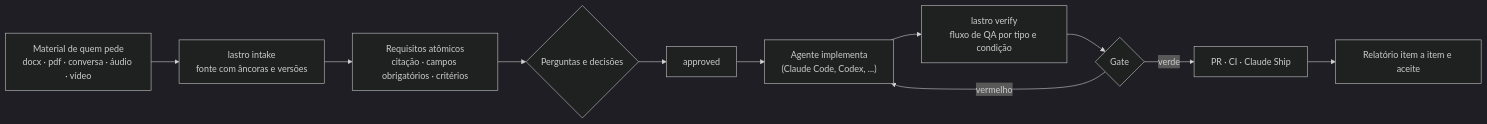
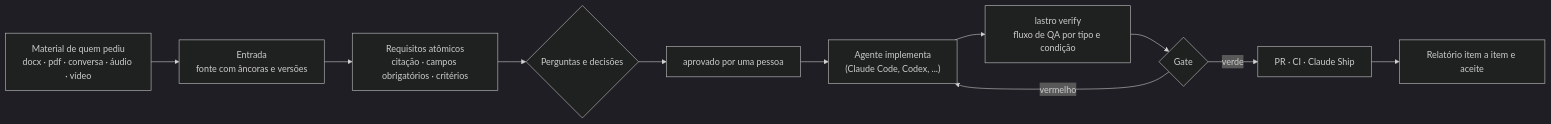
Before and after one commit to srnakyo/lastro: the diagram in README.pt-BR.md, drawn with Mermaid (dark theme). The commit also changed other lines of this file and 28 other files, not shown here.

````diff
--- a/README.pt-BR.md
+++ b/README.pt-BR.md
@@ -29,13 +27,13 @@
 ```mermaid
 flowchart LR
-  A["Material de quem pede<br/>docx · pdf · conversa · áudio · vídeo"] --> B["lastro intake<br/>fonte com âncoras e versões"]
+  A["Material de quem pediu<br/>docx · pdf · conversa · áudio · vídeo"] --> B["Entrada<br/>fonte com âncoras e versões"]
   B --> C["Requisitos atômicos<br/>citação · campos obrigatórios · critérios"]
   C --> D{"Perguntas e decisões"}
-  D --> E["approved"]
+  D --> E["aprovado por uma pessoa"]
   E --> F["Agente implementa<br/>(Claude Code, Codex, ...)"]
   F --> G["lastro verify<br/>fluxo de QA por tipo e condição"]
   G --> H{"Gate"}
   H -- vermelho --> F
   H -- verde --> I["PR · CI · Claude Ship"]
   I --> J["Relatório item a item e aceite"]
 ```
````
